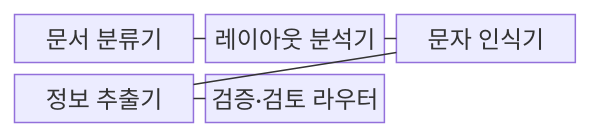
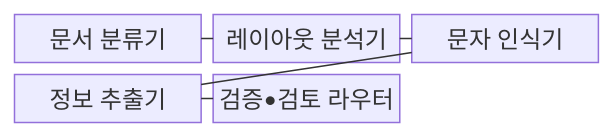
The first of 2 diagrams in src/content/docs/notes/08-latest-tech/093_document_ai.md (agnusdei1207/knowledge-base), drawn with Mermaid before and after one commit. The commit also changed other lines of this file and 953 other files, not shown here.

````diff
--- a/src/content/docs/notes/08-latest-tech/093_document_ai.md
+++ b/src/content/docs/notes/08-latest-tech/093_document_ai.md
@@ -63,13 +63,13 @@
 ```mermaid
 block-beta
   columns 3
   classifier["문서 분류기"]
   layout["레이아웃 분석기"]
   ocr["문자 인식기"]
   extractor["정보 추출기"]
-  router["검증·검토 라우터"]
+  router["검증•검토 라우터"]
   classifier --- layout
   layout --- ocr
   ocr --- extractor
   extractor --- router
 ```
````
